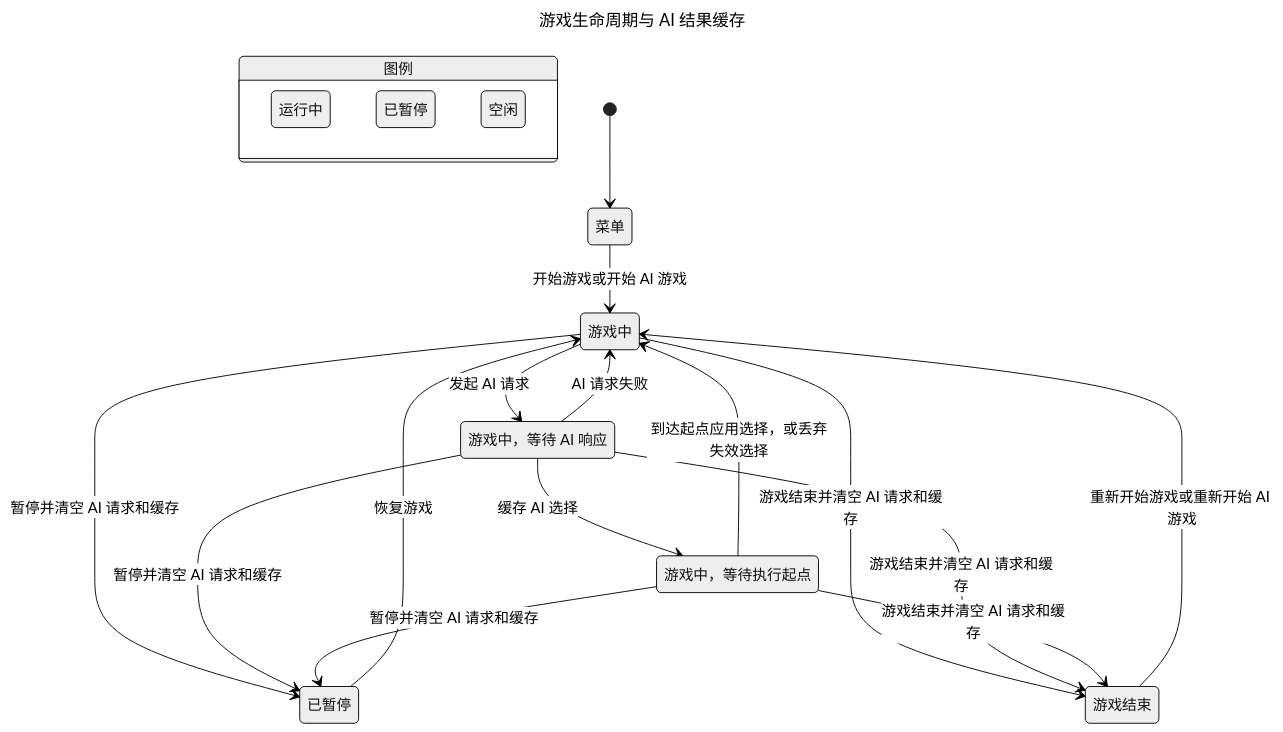
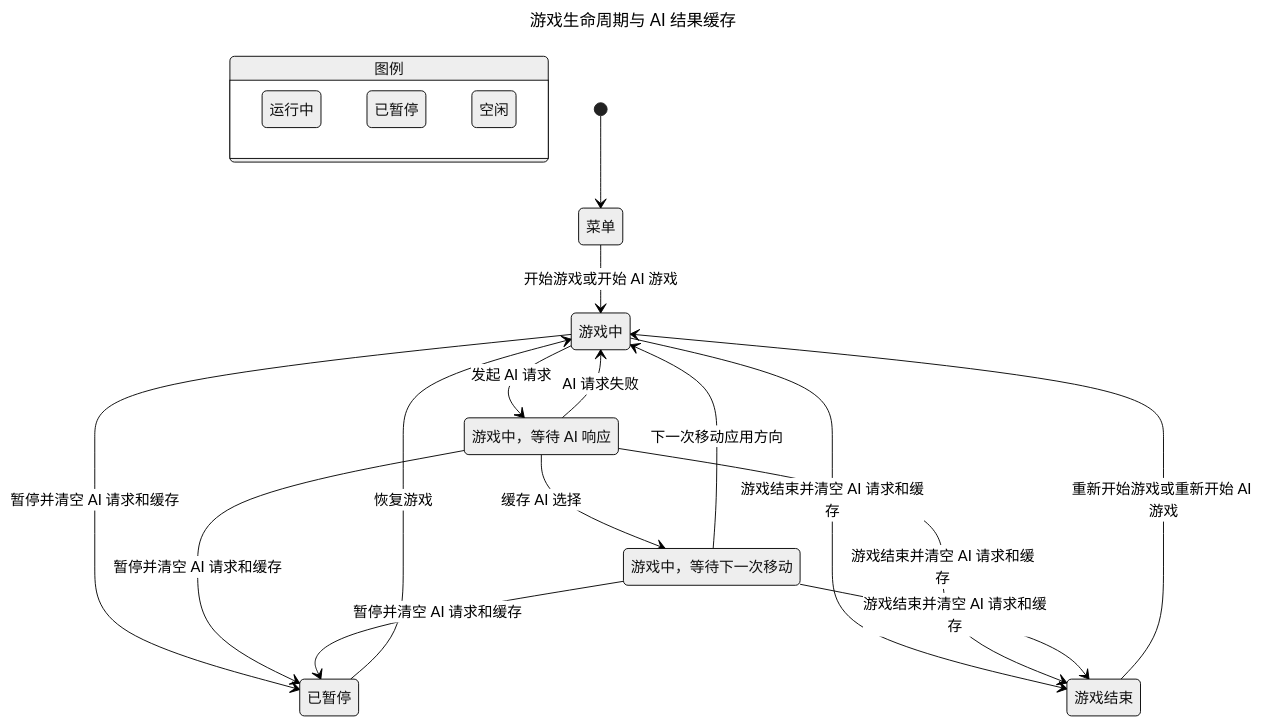
One commit to YanAndFish/ai-snake changed the diagram in spec/SnakeFlow.mmd. Above: the diagram before and after it, drawn with Mermaid (neutral theme). The commit also changed 27 other files, not shown here.

```diff
--- a/spec/SnakeFlow.mmd
+++ b/spec/SnakeFlow.mmd
@@ -1,38 +1,38 @@
 ---
 title: "游戏生命周期与 AI 结果缓存"
 ---
 stateDiagram-v2
   state "图例" as legend {
     lg0: 运行中
     lg1: 已暂停
     lg2: 空闲
   }
   class lg0 blue
   class lg1 orange
   class lg2 tan
   s0: 菜单
   s1: 游戏中
   s2: 游戏中，等待 AI 响应
-  s3: 游戏中，等待执行起点
+  s3: 游戏中，等待下一次移动
   s4: 已暂停
   s5: 游戏结束
   [*] --> s0
   s0 --> s1: 开始游戏或开始 AI 游戏
   s1 --> s4: 暂停并清空 AI 请求和缓存
   s2 --> s4: 暂停并清空 AI 请求和缓存
   s3 --> s4: 暂停并清空 AI 请求和缓存
   s2 --> s1: AI 请求失败
   s2 --> s3: 缓存 AI 选择
-  s3 --> s1: 到达起点应用选择，或丢弃失效选择
+  s3 --> s1: 下一次移动应用方向
   s4 --> s1: 恢复游戏
   s1 --> s2: 发起 AI 请求
   s1 --> s5: 游戏结束并清空 AI 请求和缓存
   s2 --> s5: 游戏结束并清空 AI 请求和缓存
   s3 --> s5: 游戏结束并清空 AI 请求和缓存
   s5 --> s1: 重新开始游戏或重新开始 AI 游戏
   class s0 tan
   class s1 blue
   class s2 blue
   class s3 blue
   class s4 orange
   class s5 tan
```
